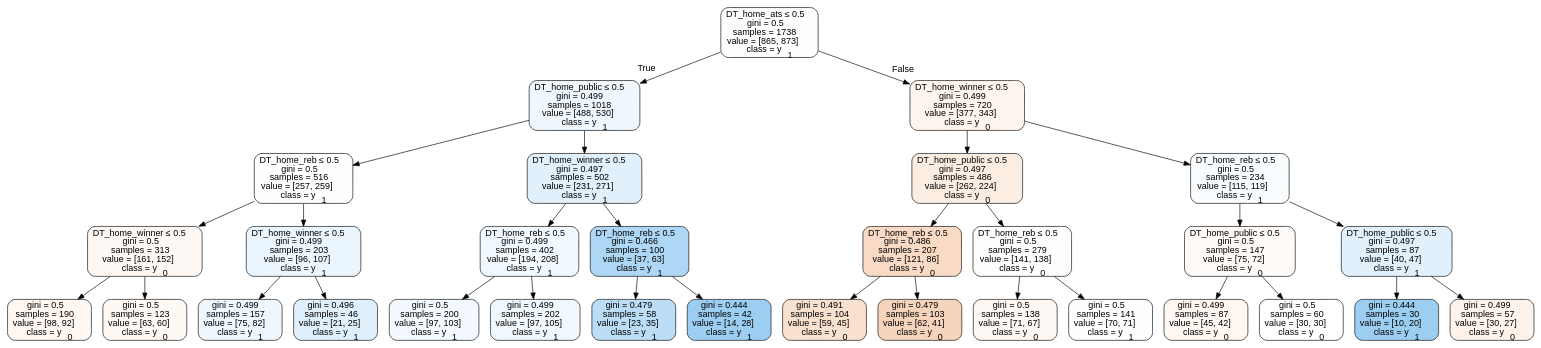
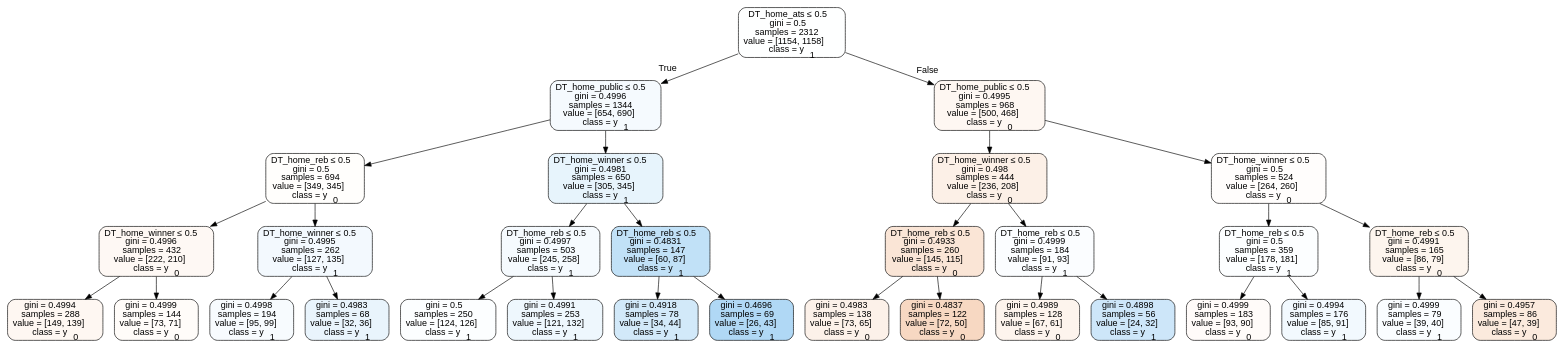
The diagram in Basketball/data/trees/tree2014neutral.dot (usbogie/ncaa-bets), drawn with Graphviz before and after one commit. The commit also changed 47 other files, not shown here.

```diff
--- a/Basketball/data/trees/tree2014neutral.dot
+++ b/Basketball/data/trees/tree2014neutral.dot
@@ -1,65 +1,65 @@
 digraph Tree {
 node [shape=box, style="filled, rounded", color="black", fontname=helvetica] ;
 edge [fontname=helvetica] ;
-0 [label=<DT_home_ats &le; 0.5<br/>gini = 0.5<br/>samples = 1738<br/>value = [865, 873]<br/>class = y<SUB>1</SUB>>, fillcolor="#399de502"] ;
-1 [label=<DT_home_public &le; 0.5<br/>gini = 0.499<br/>samples = 1018<br/>value = [488, 530]<br/>class = y<SUB>1</SUB>>, fillcolor="#399de514"] ;
+0 [label=<DT_home_ats &le; 0.5<br/>gini = 0.5<br/>samples = 2312<br/>value = [1154, 1158]<br/>class = y<SUB>1</SUB>>, fillcolor="#399de501"] ;
+1 [label=<DT_home_public &le; 0.5<br/>gini = 0.4996<br/>samples = 1344<br/>value = [654, 690]<br/>class = y<SUB>1</SUB>>, fillcolor="#399de50d"] ;
 0 -> 1 [labeldistance=2.5, labelangle=45, headlabel="True"] ;
-2 [label=<DT_home_reb &le; 0.5<br/>gini = 0.5<br/>samples = 516<br/>value = [257, 259]<br/>class = y<SUB>1</SUB>>, fillcolor="#399de502"] ;
+2 [label=<DT_home_reb &le; 0.5<br/>gini = 0.5<br/>samples = 694<br/>value = [349, 345]<br/>class = y<SUB>0</SUB>>, fillcolor="#e5813903"] ;
 1 -> 2 ;
-3 [label=<DT_home_winner &le; 0.5<br/>gini = 0.5<br/>samples = 313<br/>value = [161, 152]<br/>class = y<SUB>0</SUB>>, fillcolor="#e581390e"] ;
+3 [label=<DT_home_winner &le; 0.5<br/>gini = 0.4996<br/>samples = 432<br/>value = [222, 210]<br/>class = y<SUB>0</SUB>>, fillcolor="#e581390e"] ;
 2 -> 3 ;
-4 [label=<gini = 0.5<br/>samples = 190<br/>value = [98, 92]<br/>class = y<SUB>0</SUB>>, fillcolor="#e5813910"] ;
+4 [label=<gini = 0.4994<br/>samples = 288<br/>value = [149, 139]<br/>class = y<SUB>0</SUB>>, fillcolor="#e5813911"] ;
 3 -> 4 ;
-5 [label=<gini = 0.5<br/>samples = 123<br/>value = [63, 60]<br/>class = y<SUB>0</SUB>>, fillcolor="#e581390c"] ;
+5 [label=<gini = 0.4999<br/>samples = 144<br/>value = [73, 71]<br/>class = y<SUB>0</SUB>>, fillcolor="#e5813907"] ;
 3 -> 5 ;
-6 [label=<DT_home_winner &le; 0.5<br/>gini = 0.499<br/>samples = 203<br/>value = [96, 107]<br/>class = y<SUB>1</SUB>>, fillcolor="#399de51a"] ;
+6 [label=<DT_home_winner &le; 0.5<br/>gini = 0.4995<br/>samples = 262<br/>value = [127, 135]<br/>class = y<SUB>1</SUB>>, fillcolor="#399de50f"] ;
 2 -> 6 ;
-7 [label=<gini = 0.499<br/>samples = 157<br/>value = [75, 82]<br/>class = y<SUB>1</SUB>>, fillcolor="#399de516"] ;
+7 [label=<gini = 0.4998<br/>samples = 194<br/>value = [95, 99]<br/>class = y<SUB>1</SUB>>, fillcolor="#399de50a"] ;
 6 -> 7 ;
-8 [label=<gini = 0.496<br/>samples = 46<br/>value = [21, 25]<br/>class = y<SUB>1</SUB>>, fillcolor="#399de529"] ;
+8 [label=<gini = 0.4983<br/>samples = 68<br/>value = [32, 36]<br/>class = y<SUB>1</SUB>>, fillcolor="#399de51c"] ;
 6 -> 8 ;
-9 [label=<DT_home_winner &le; 0.5<br/>gini = 0.497<br/>samples = 502<br/>value = [231, 271]<br/>class = y<SUB>1</SUB>>, fillcolor="#399de526"] ;
+9 [label=<DT_home_winner &le; 0.5<br/>gini = 0.4981<br/>samples = 650<br/>value = [305, 345]<br/>class = y<SUB>1</SUB>>, fillcolor="#399de51e"] ;
 1 -> 9 ;
-10 [label=<DT_home_reb &le; 0.5<br/>gini = 0.499<br/>samples = 402<br/>value = [194, 208]<br/>class = y<SUB>1</SUB>>, fillcolor="#399de511"] ;
+10 [label=<DT_home_reb &le; 0.5<br/>gini = 0.4997<br/>samples = 503<br/>value = [245, 258]<br/>class = y<SUB>1</SUB>>, fillcolor="#399de50d"] ;
 9 -> 10 ;
-11 [label=<gini = 0.5<br/>samples = 200<br/>value = [97, 103]<br/>class = y<SUB>1</SUB>>, fillcolor="#399de50f"] ;
+11 [label=<gini = 0.5<br/>samples = 250<br/>value = [124, 126]<br/>class = y<SUB>1</SUB>>, fillcolor="#399de504"] ;
 10 -> 11 ;
-12 [label=<gini = 0.499<br/>samples = 202<br/>value = [97, 105]<br/>class = y<SUB>1</SUB>>, fillcolor="#399de513"] ;
+12 [label=<gini = 0.4991<br/>samples = 253<br/>value = [121, 132]<br/>class = y<SUB>1</SUB>>, fillcolor="#399de515"] ;
 10 -> 12 ;
-13 [label=<DT_home_reb &le; 0.5<br/>gini = 0.466<br/>samples = 100<br/>value = [37, 63]<br/>class = y<SUB>1</SUB>>, fillcolor="#399de569"] ;
+13 [label=<DT_home_reb &le; 0.5<br/>gini = 0.4831<br/>samples = 147<br/>value = [60, 87]<br/>class = y<SUB>1</SUB>>, fillcolor="#399de54f"] ;
 9 -> 13 ;
-14 [label=<gini = 0.479<br/>samples = 58<br/>value = [23, 35]<br/>class = y<SUB>1</SUB>>, fillcolor="#399de557"] ;
+14 [label=<gini = 0.4918<br/>samples = 78<br/>value = [34, 44]<br/>class = y<SUB>1</SUB>>, fillcolor="#399de53a"] ;
 13 -> 14 ;
-15 [label=<gini = 0.444<br/>samples = 42<br/>value = [14, 28]<br/>class = y<SUB>1</SUB>>, fillcolor="#399de57f"] ;
+15 [label=<gini = 0.4696<br/>samples = 69<br/>value = [26, 43]<br/>class = y<SUB>1</SUB>>, fillcolor="#399de565"] ;
 13 -> 15 ;
-16 [label=<DT_home_winner &le; 0.5<br/>gini = 0.499<br/>samples = 720<br/>value = [377, 343]<br/>class = y<SUB>0</SUB>>, fillcolor="#e5813917"] ;
+16 [label=<DT_home_public &le; 0.5<br/>gini = 0.4995<br/>samples = 968<br/>value = [500, 468]<br/>class = y<SUB>0</SUB>>, fillcolor="#e5813910"] ;
 0 -> 16 [labeldistance=2.5, labelangle=-45, headlabel="False"] ;
-17 [label=<DT_home_public &le; 0.5<br/>gini = 0.497<br/>samples = 486<br/>value = [262, 224]<br/>class = y<SUB>0</SUB>>, fillcolor="#e5813925"] ;
+17 [label=<DT_home_winner &le; 0.5<br/>gini = 0.498<br/>samples = 444<br/>value = [236, 208]<br/>class = y<SUB>0</SUB>>, fillcolor="#e581391e"] ;
 16 -> 17 ;
-18 [label=<DT_home_reb &le; 0.5<br/>gini = 0.486<br/>samples = 207<br/>value = [121, 86]<br/>class = y<SUB>0</SUB>>, fillcolor="#e581394a"] ;
+18 [label=<DT_home_reb &le; 0.5<br/>gini = 0.4933<br/>samples = 260<br/>value = [145, 115]<br/>class = y<SUB>0</SUB>>, fillcolor="#e5813935"] ;
 17 -> 18 ;
-19 [label=<gini = 0.491<br/>samples = 104<br/>value = [59, 45]<br/>class = y<SUB>0</SUB>>, fillcolor="#e581393d"] ;
+19 [label=<gini = 0.4983<br/>samples = 138<br/>value = [73, 65]<br/>class = y<SUB>0</SUB>>, fillcolor="#e581391c"] ;
 18 -> 19 ;
-20 [label=<gini = 0.479<br/>samples = 103<br/>value = [62, 41]<br/>class = y<SUB>0</SUB>>, fillcolor="#e5813956"] ;
+20 [label=<gini = 0.4837<br/>samples = 122<br/>value = [72, 50]<br/>class = y<SUB>0</SUB>>, fillcolor="#e581394e"] ;
 18 -> 20 ;
-21 [label=<DT_home_reb &le; 0.5<br/>gini = 0.5<br/>samples = 279<br/>value = [141, 138]<br/>class = y<SUB>0</SUB>>, fillcolor="#e5813905"] ;
+21 [label=<DT_home_reb &le; 0.5<br/>gini = 0.4999<br/>samples = 184<br/>value = [91, 93]<br/>class = y<SUB>1</SUB>>, fillcolor="#399de505"] ;
 17 -> 21 ;
-22 [label=<gini = 0.5<br/>samples = 138<br/>value = [71, 67]<br/>class = y<SUB>0</SUB>>, fillcolor="#e581390e"] ;
+22 [label=<gini = 0.4989<br/>samples = 128<br/>value = [67, 61]<br/>class = y<SUB>0</SUB>>, fillcolor="#e5813917"] ;
 21 -> 22 ;
-23 [label=<gini = 0.5<br/>samples = 141<br/>value = [70, 71]<br/>class = y<SUB>1</SUB>>, fillcolor="#399de504"] ;
+23 [label=<gini = 0.4898<br/>samples = 56<br/>value = [24, 32]<br/>class = y<SUB>1</SUB>>, fillcolor="#399de540"] ;
 21 -> 23 ;
-24 [label=<DT_home_reb &le; 0.5<br/>gini = 0.5<br/>samples = 234<br/>value = [115, 119]<br/>class = y<SUB>1</SUB>>, fillcolor="#399de509"] ;
+24 [label=<DT_home_winner &le; 0.5<br/>gini = 0.5<br/>samples = 524<br/>value = [264, 260]<br/>class = y<SUB>0</SUB>>, fillcolor="#e5813904"] ;
 16 -> 24 ;
-25 [label=<DT_home_public &le; 0.5<br/>gini = 0.5<br/>samples = 147<br/>value = [75, 72]<br/>class = y<SUB>0</SUB>>, fillcolor="#e581390a"] ;
+25 [label=<DT_home_reb &le; 0.5<br/>gini = 0.5<br/>samples = 359<br/>value = [178, 181]<br/>class = y<SUB>1</SUB>>, fillcolor="#399de504"] ;
 24 -> 25 ;
-26 [label=<gini = 0.499<br/>samples = 87<br/>value = [45, 42]<br/>class = y<SUB>0</SUB>>, fillcolor="#e5813911"] ;
+26 [label=<gini = 0.4999<br/>samples = 183<br/>value = [93, 90]<br/>class = y<SUB>0</SUB>>, fillcolor="#e5813908"] ;
 25 -> 26 ;
-27 [label=<gini = 0.5<br/>samples = 60<br/>value = [30, 30]<br/>class = y<SUB>0</SUB>>, fillcolor="#e5813900"] ;
+27 [label=<gini = 0.4994<br/>samples = 176<br/>value = [85, 91]<br/>class = y<SUB>1</SUB>>, fillcolor="#399de511"] ;
 25 -> 27 ;
-28 [label=<DT_home_public &le; 0.5<br/>gini = 0.497<br/>samples = 87<br/>value = [40, 47]<br/>class = y<SUB>1</SUB>>, fillcolor="#399de526"] ;
+28 [label=<DT_home_reb &le; 0.5<br/>gini = 0.4991<br/>samples = 165<br/>value = [86, 79]<br/>class = y<SUB>0</SUB>>, fillcolor="#e5813915"] ;
 24 -> 28 ;
-29 [label=<gini = 0.444<br/>samples = 30<br/>value = [10, 20]<br/>class = y<SUB>1</SUB>>, fillcolor="#399de57f"] ;
+29 [label=<gini = 0.4999<br/>samples = 79<br/>value = [39, 40]<br/>class = y<SUB>1</SUB>>, fillcolor="#399de506"] ;
 28 -> 29 ;
-30 [label=<gini = 0.499<br/>samples = 57<br/>value = [30, 27]<br/>class = y<SUB>0</SUB>>, fillcolor="#e5813919"] ;
+30 [label=<gini = 0.4957<br/>samples = 86<br/>value = [47, 39]<br/>class = y<SUB>0</SUB>>, fillcolor="#e581392b"] ;
 28 -> 30 ;
 }
```
